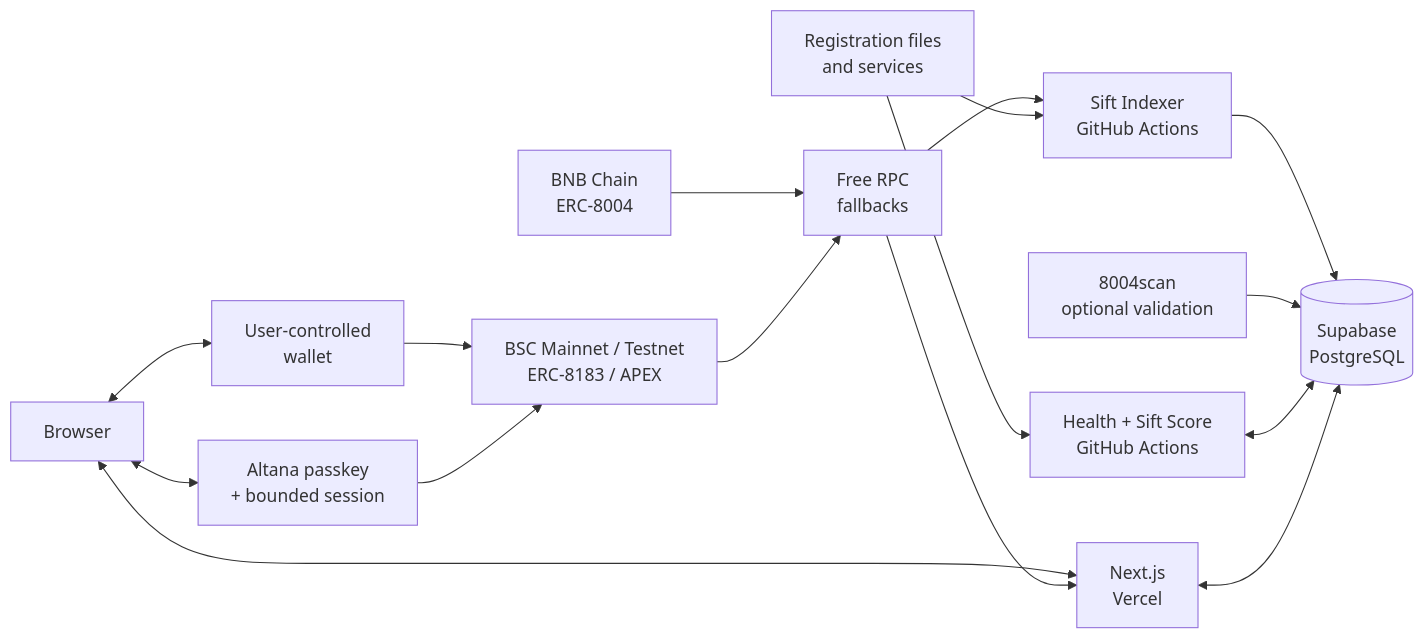
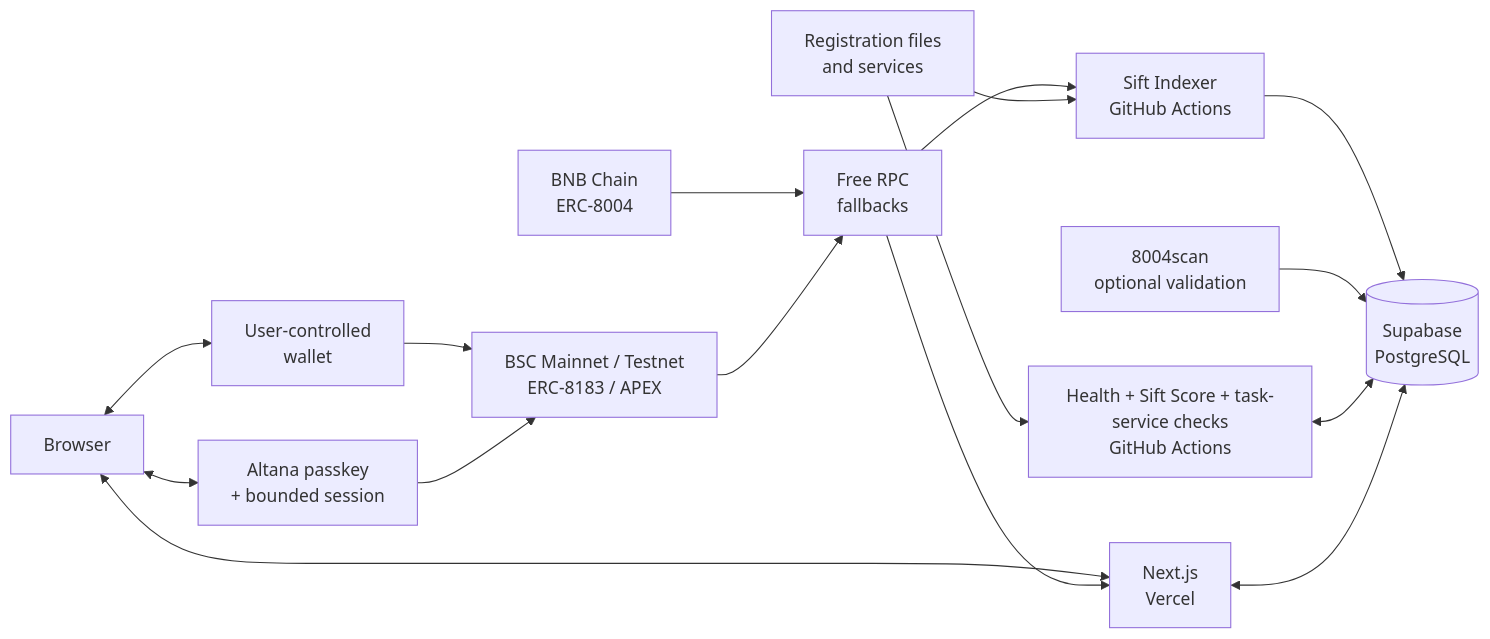
The diagram in README.md (taiwo-the-dev/sift), drawn with Mermaid before and after one commit. The commit also changed other lines of this file and 43 other files, not shown here.

````diff
--- a/README.md
+++ b/README.md
@@ -75,18 +81,18 @@
 ```mermaid
 flowchart LR
   chain["BNB Chain\nERC-8004"] --> rpc["Free RPC\nfallbacks"]
   rpc --> indexer["Sift Indexer\nGitHub Actions"]
   metadata["Registration files\nand services"] --> indexer
   indexer --> db[("Supabase\nPostgreSQL")]
   scan["8004scan\noptional validation"] --> db
-  assessment["Health + Sift Score\nGitHub Actions"] <--> db
+  assessment["Health + Sift Score + task-service checks\nGitHub Actions"] <--> db
   metadata --> assessment
   browser["Browser"] <--> app["Next.js\nVercel"]
   app <--> db
   browser <--> wallet["User-controlled\nwallet"]
   browser <--> altana["Altana passkey\n+ bounded session"]
   wallet --> apex["BSC Mainnet / Testnet\nERC-8183 / APEX"]
   altana --> apex
   apex --> rpc
   rpc --> app
 ```
````
